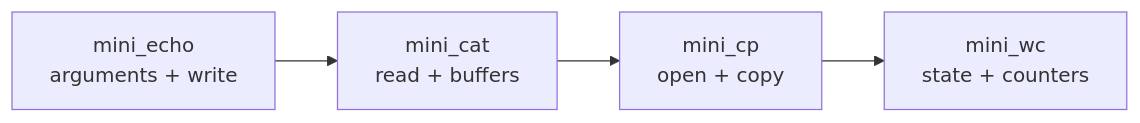
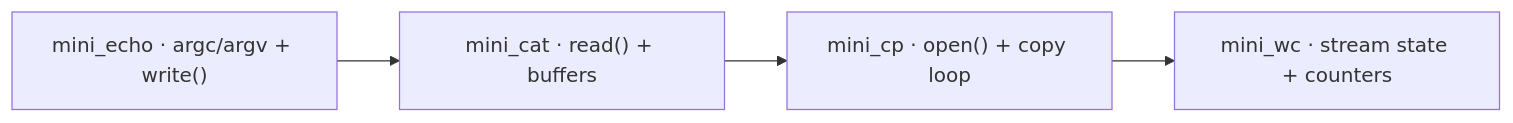
Before and after one commit to maximecoia/unix-toolbox: the diagram in README.md, drawn with Mermaid.

Commit message:
docs: fix roadmap diagram

````diff
--- a/README.md
+++ b/README.md
@@ -35,9 +35,9 @@
 ```mermaid
 flowchart LR
-    E[mini_echo<br/>arguments + write]
-    C[mini_cat<br/>read + buffers]
-    P[mini_cp<br/>open + copy]
-    W[mini_wc<br/>state + counters]
+    E["mini_echo · argc/argv + write()"]
+    C["mini_cat · read() + buffers"]
+    P["mini_cp · open() + copy loop"]
+    W["mini_wc · stream state + counters"]
 
     E --> C --> P --> W
 ```
````
